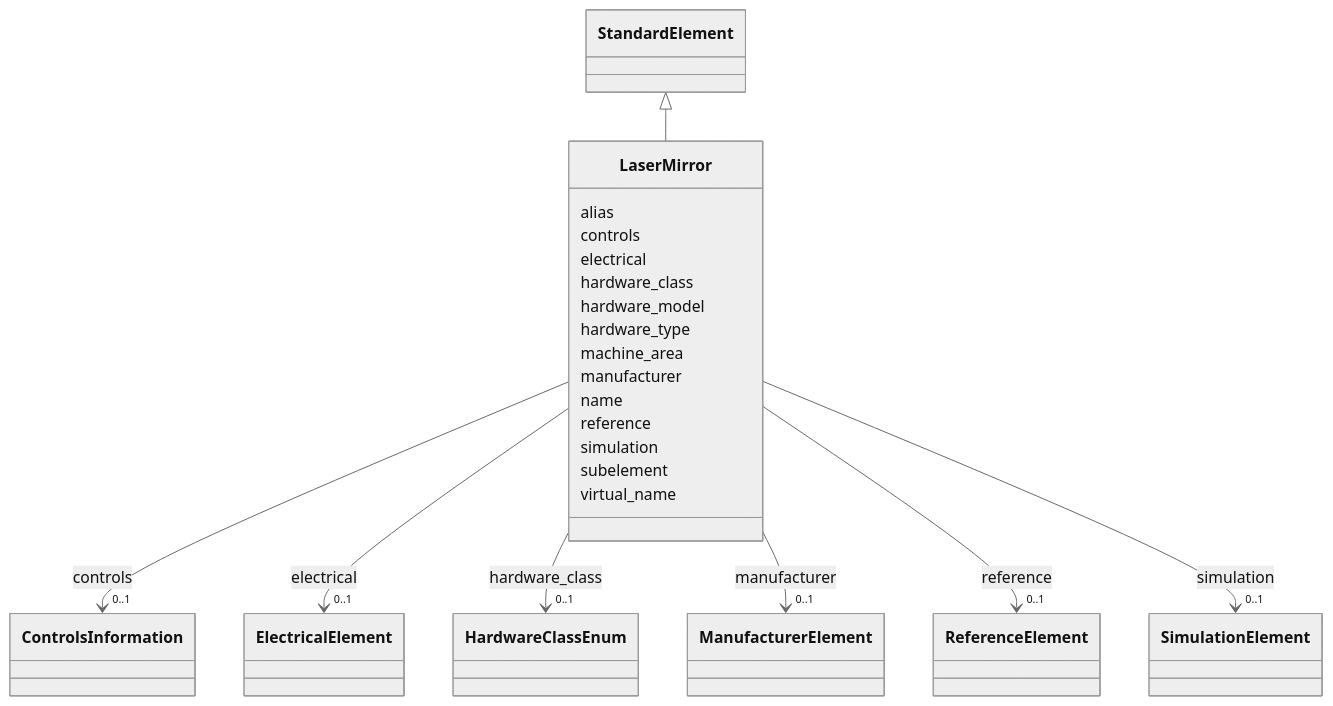
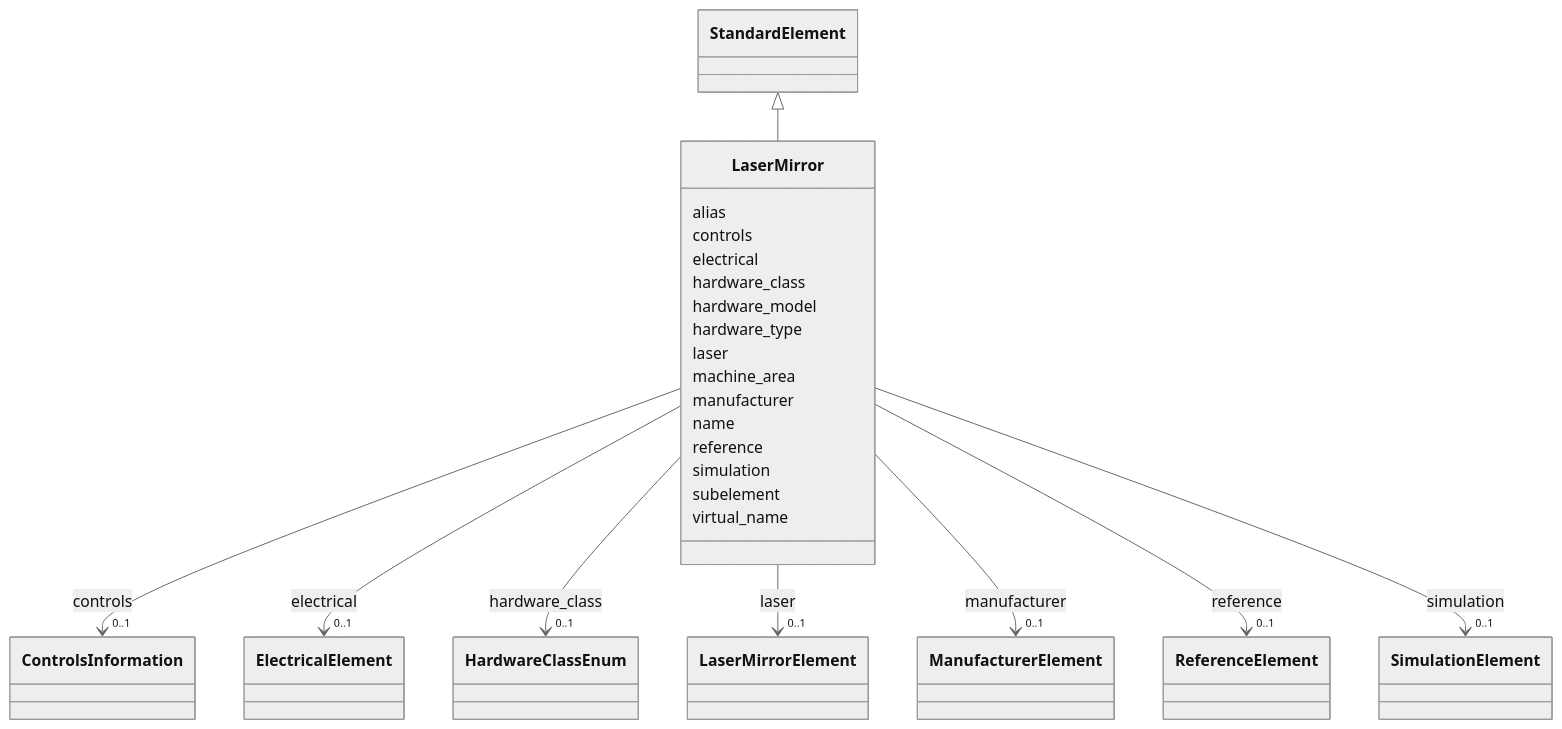
The diagram in docs/source/schema/LaserMirror.md (astec-stfc/laura), drawn with Mermaid (neutral theme) before and after one commit. The commit also changed other lines of this file and 330 other files, not shown here.

Commit message:
Rationalising the schema and objects

```diff
--- a/docs/source/schema/LaserMirror.md
+++ b/docs/source/schema/LaserMirror.md
@@ -66,6 +66,17 @@
         
       LaserMirror : hardware_type
         
+      LaserMirror : laser
+        
+          
+    
+        
+        
+        LaserMirror --> "0..1" LaserMirrorElement : laser
+        click LaserMirrorElement href "../LaserMirrorElement/"
+    
+
+        
       LaserMirror : machine_area
         
       LaserMirror : manufacturer
```
